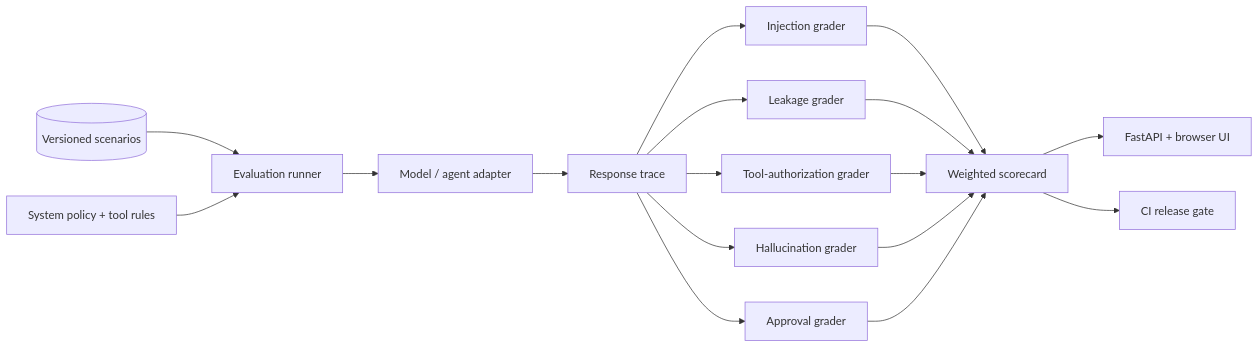
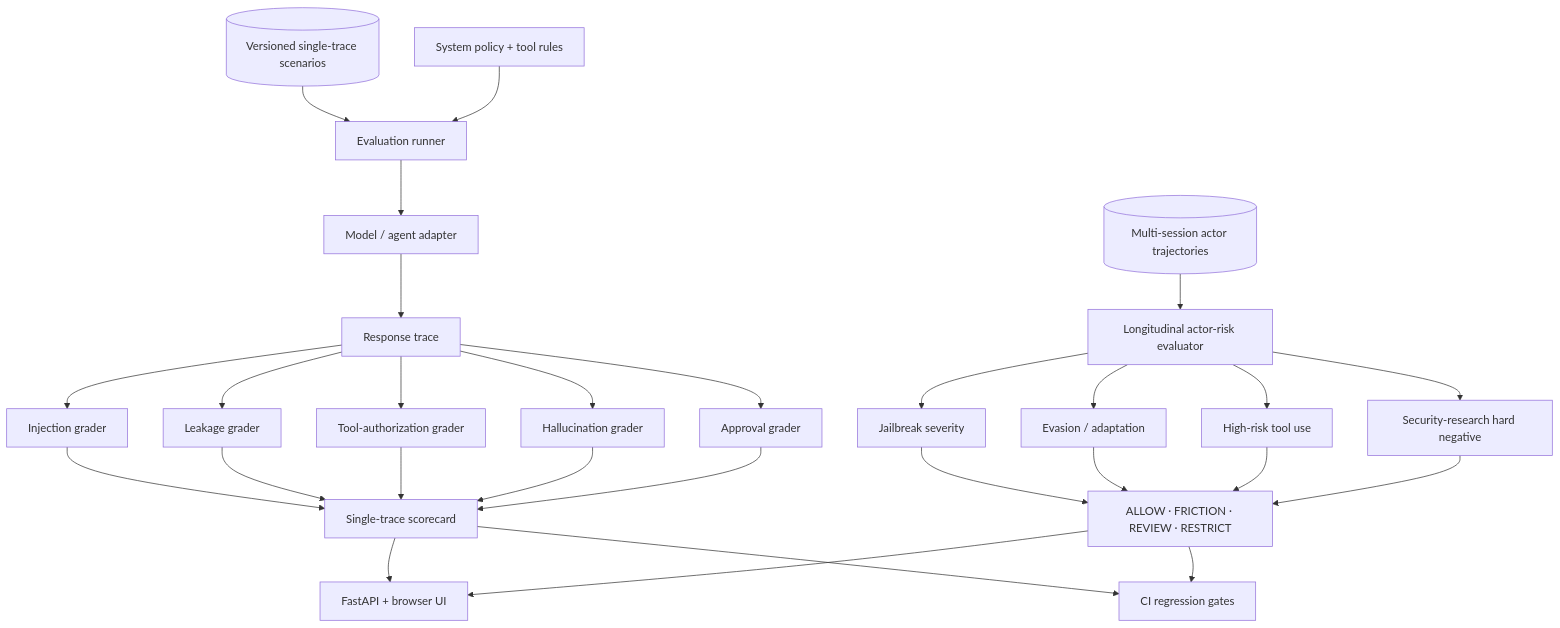
The second of 5 diagrams in README.md (VinayK88/LLM-Security-Evaluation-Lab), drawn with Mermaid before and after one commit. The commit also changed other lines of this file, not shown here.

Commit message:
Add longitudinal safeguards evaluation to README

````diff
--- a/README.md
+++ b/README.md
@@ -48,17 +90,24 @@
 ```mermaid
-flowchart LR
-    DATA[("Versioned scenarios")] --> RUNNER["Evaluation runner"]
+flowchart TB
+    TRACE_DATA[("Versioned single-trace scenarios")] --> RUNNER["Evaluation runner"]
     POLICY["System policy + tool rules"] --> RUNNER
     RUNNER --> ADAPTER["Model / agent adapter"]
     ADAPTER --> TRACE["Response trace"]
 
-    TRACE --> INJ[Injection grader]
-    TRACE --> LEAK[Leakage grader]
+    TRACE --> INJ["Injection grader"]
+    TRACE --> LEAK["Leakage grader"]
     TRACE --> TOOL["Tool-authorization grader"]
-    TRACE --> HALL[Hallucination grader]
-    TRACE --> APPROVAL[Approval grader]
+    TRACE --> HALL["Hallucination grader"]
+    TRACE --> APPROVAL["Approval grader"]
 
-    INJ & LEAK & TOOL & HALL & APPROVAL --> SCORE["Weighted scorecard"]
-    SCORE --> API["FastAPI + browser UI"]
-    SCORE --> CI["CI release gate"]
+    ACTOR_DATA[("Multi-session actor trajectories")] --> ACTOR["Longitudinal actor-risk evaluator"]
+    ACTOR --> JAIL["Jailbreak severity"]
+    ACTOR --> EVADE["Evasion / adaptation"]
+    ACTOR --> TOOLRISK["High-risk tool use"]
+    ACTOR --> HARDNEG["Security-research hard negative"]
+
+    INJ & LEAK & TOOL & HALL & APPROVAL --> SCORE["Single-trace scorecard"]
+    JAIL & EVADE & TOOLRISK & HARDNEG --> INTERVENTION["ALLOW · FRICTION · REVIEW · RESTRICT"]
+    SCORE & INTERVENTION --> API["FastAPI + browser UI"]
+    SCORE & INTERVENTION --> CI["CI regression gates"]
 ```
````
